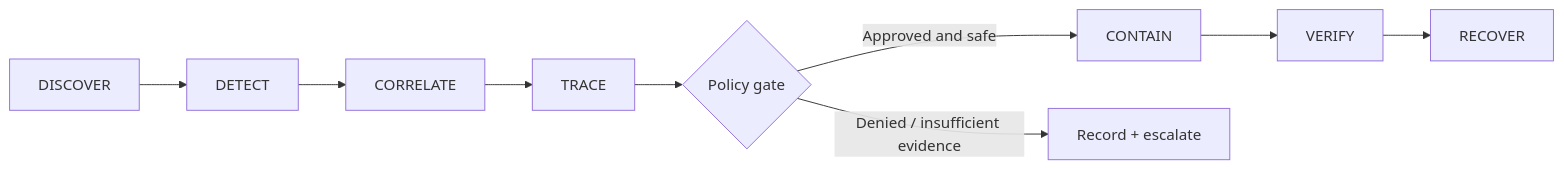
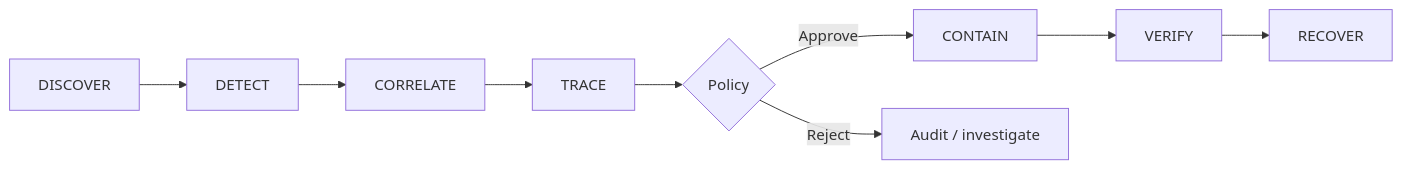
One commit to Saitanveesh/1 changed the third of 4 diagrams in docs/WORKFLOWS.md. Above: the diagram before and after it, drawn with Mermaid. The commit also changed other lines of this file and 18 other files, not shown here.

````diff
--- a/docs/WORKFLOWS.md
+++ b/docs/WORKFLOWS.md
@@ -26,11 +44,6 @@
 ```mermaid
 flowchart LR
-  A["DISCOVER"] --> B["DETECT"]
-  B --> C["CORRELATE"]
-  C --> D["TRACE"]
-  D --> E{"Policy gate"}
-  E -->|"Approved and safe"| F["CONTAIN"]
-  E -->|"Denied / insufficient evidence"| H["Record + escalate"]
-  F --> G["VERIFY"]
-  G --> I["RECOVER"]
+ A["DISCOVER"] --> B["DETECT"] --> C["CORRELATE"] --> D["TRACE"] --> E{"Policy"}
+ E -->|Approve| F["CONTAIN"] --> G["VERIFY"] --> H["RECOVER"]
+ E -->|Reject| I["Audit / investigate"]
 ```
````
